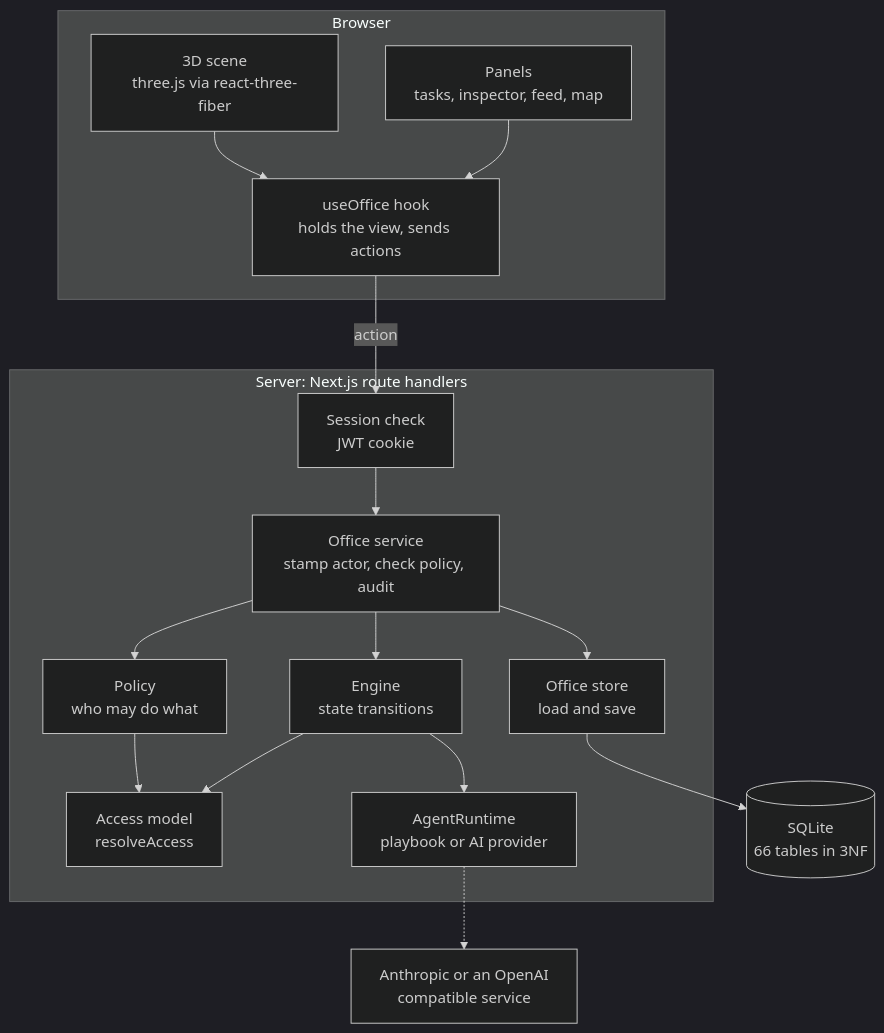
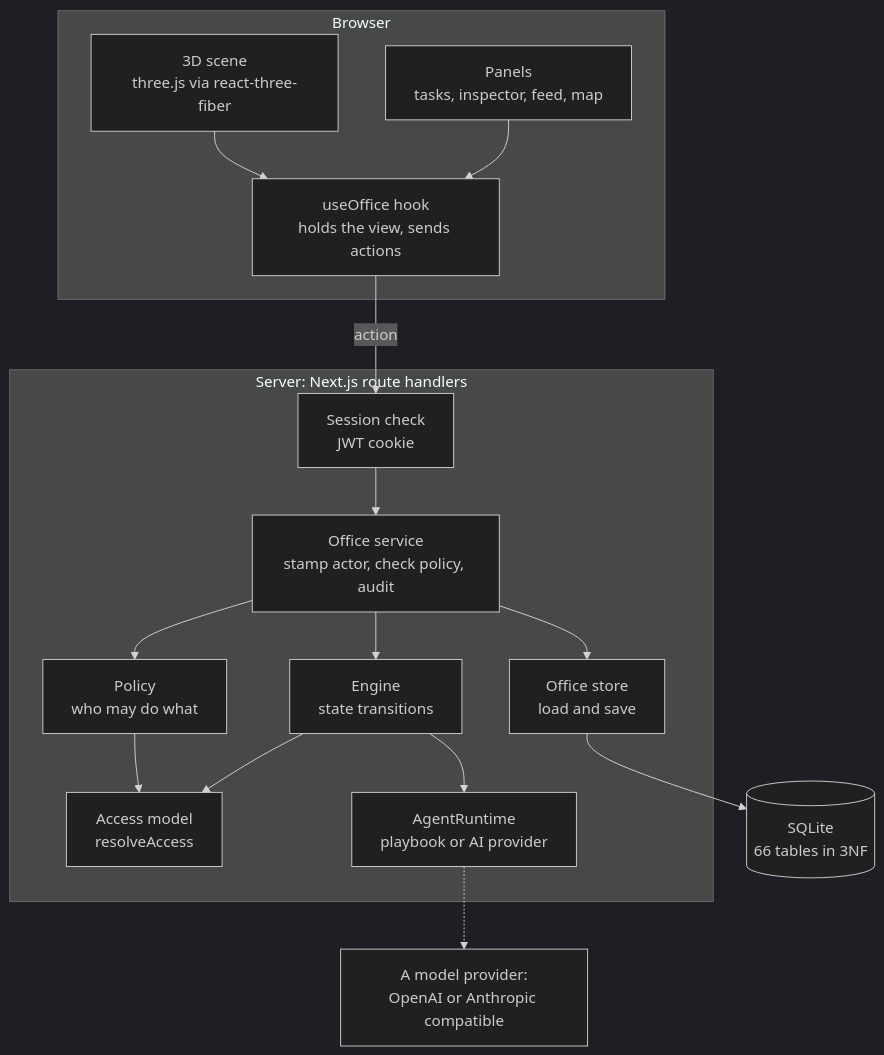
One commit to seyitgkc/ai-virtual-office changed the first of 16 diagrams in README.md. Above: the diagram before and after it, drawn with Mermaid (dark theme). The commit also changed other lines of this file and 10 other files, not shown here.

````diff
--- a/README.md
+++ b/README.md
@@ -759,34 +762,34 @@
 ```mermaid
 flowchart TB
   subgraph Browser
     scene["3D scene<br/>three.js via react-three-fiber"]
     panels["Panels<br/>tasks, inspector, feed, map"]
     hook["useOffice hook<br/>holds the view, sends actions"]
     scene --> hook
     panels --> hook
   end
 
   subgraph Server["Server: Next.js route handlers"]
     http["Session check<br/>JWT cookie"]
     service["Office service<br/>stamp actor, check policy, audit"]
     policy["Policy<br/>who may do what"]
     engine["Engine<br/>state transitions"]
     access["Access model<br/>resolveAccess"]
     runtime["AgentRuntime<br/>playbook or AI provider"]
     store["Office store<br/>load and save"]
   end
 
   db[("SQLite<br/>66 tables in 3NF")]
-  llm["Anthropic or an OpenAI<br/>compatible service"]
+  llm["A model provider:<br/>OpenAI or Anthropic compatible"]
 
   hook -->|"action"| http
   http --> service
   service --> policy
   service --> engine
   policy --> access
   engine --> access
   engine --> runtime
   runtime -.-> llm
   service --> store
   store --> db
 ```
````
